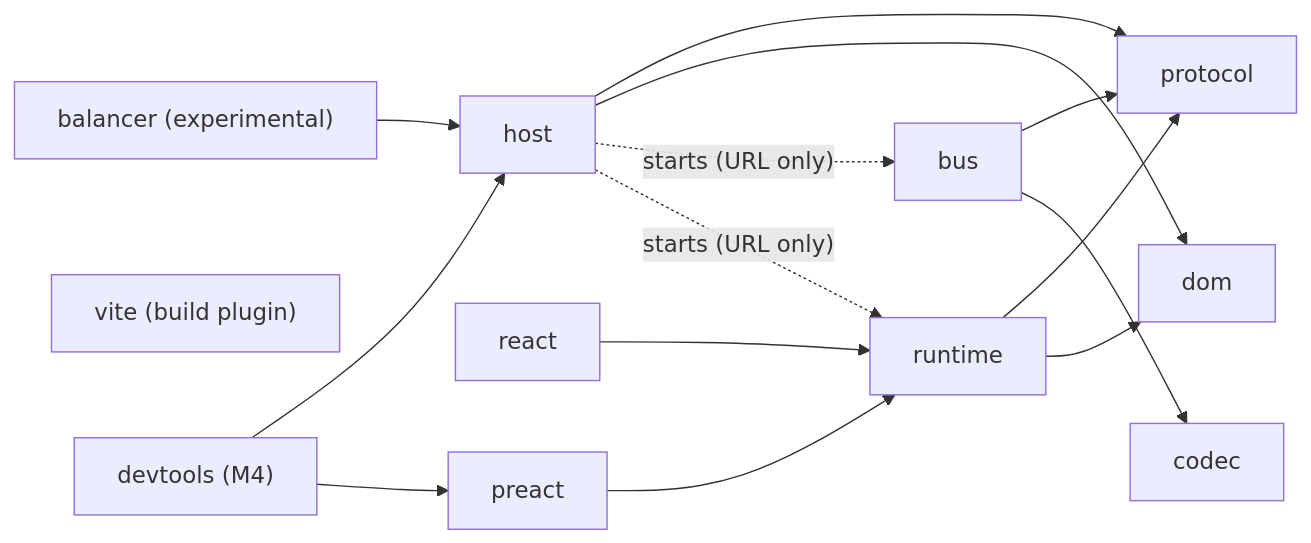
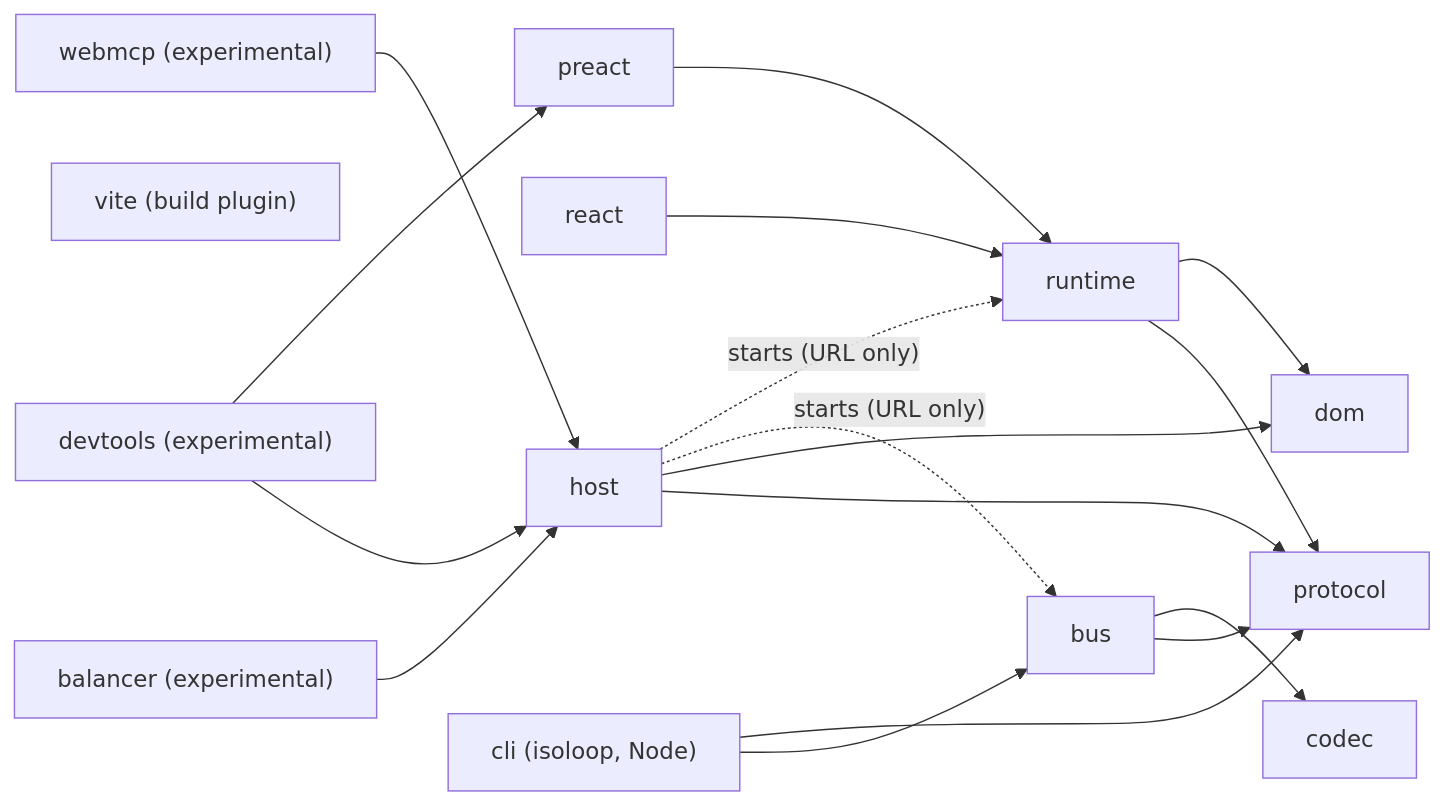
The second of 8 diagrams in docs/design/system-design.md (isoloop/isoloop), drawn with Mermaid before and after one commit. The commit also changed other lines of this file and 11 other files, not shown here.

````diff
--- a/docs/design/system-design.md
+++ b/docs/design/system-design.md
@@ -60,19 +60,22 @@
 ```mermaid
 flowchart LR
   protocol
   dom
   bus --> protocol
   bus --> codec
   host --> protocol
   host --> dom
   runtime --> protocol
   runtime --> dom
   react --> runtime
   preact --> runtime
   balancer["balancer (experimental)"] --> host
   vite["vite (build plugin)"]
-  devtools["devtools (M4)"] --> host
+  devtools["devtools (experimental)"] --> host
   devtools --> preact
+  webmcp["webmcp (experimental)"] --> host
+  cli["cli (isoloop, Node)"] --> bus
+  cli --> protocol
   host -. "starts (URL only)" .-> bus
   host -. "starts (URL only)" .-> runtime
 ```
````
